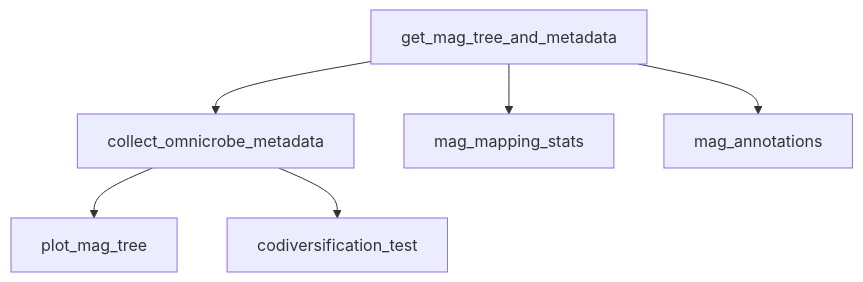
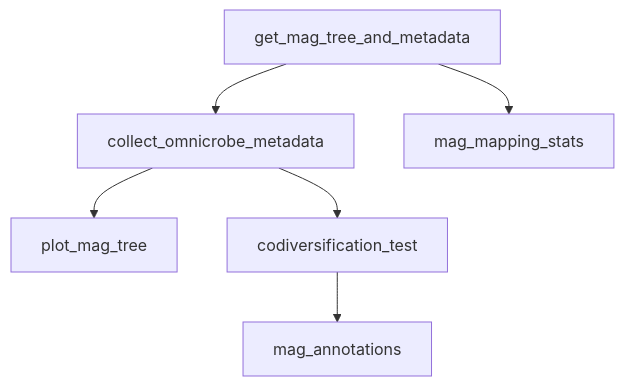
Before and after one commit to markella-moraitou/mammal_oral_microbiome_stats: the third of 3 diagrams in README.md, drawn with Mermaid. The commit also changed other lines of this file and 1 other file, not shown here.

Commit message:
Get info on metabolism of codiversifying clades

````diff
--- a/README.md
+++ b/README.md
@@ -31,8 +31,8 @@
 ```mermaid # Not sure if accurate, double check
 flowchart TD;
     A[get_mag_tree_and_metadata]-->B[collect_omnicrobe_metadata]
     A-->C[mag_mapping_stats]
     B-->D[plot_mag_tree]
     B-->E[codiversification_test]
-    A-->F[mag_annotations]
+    E-->F[mag_annotations]
 ```
````
